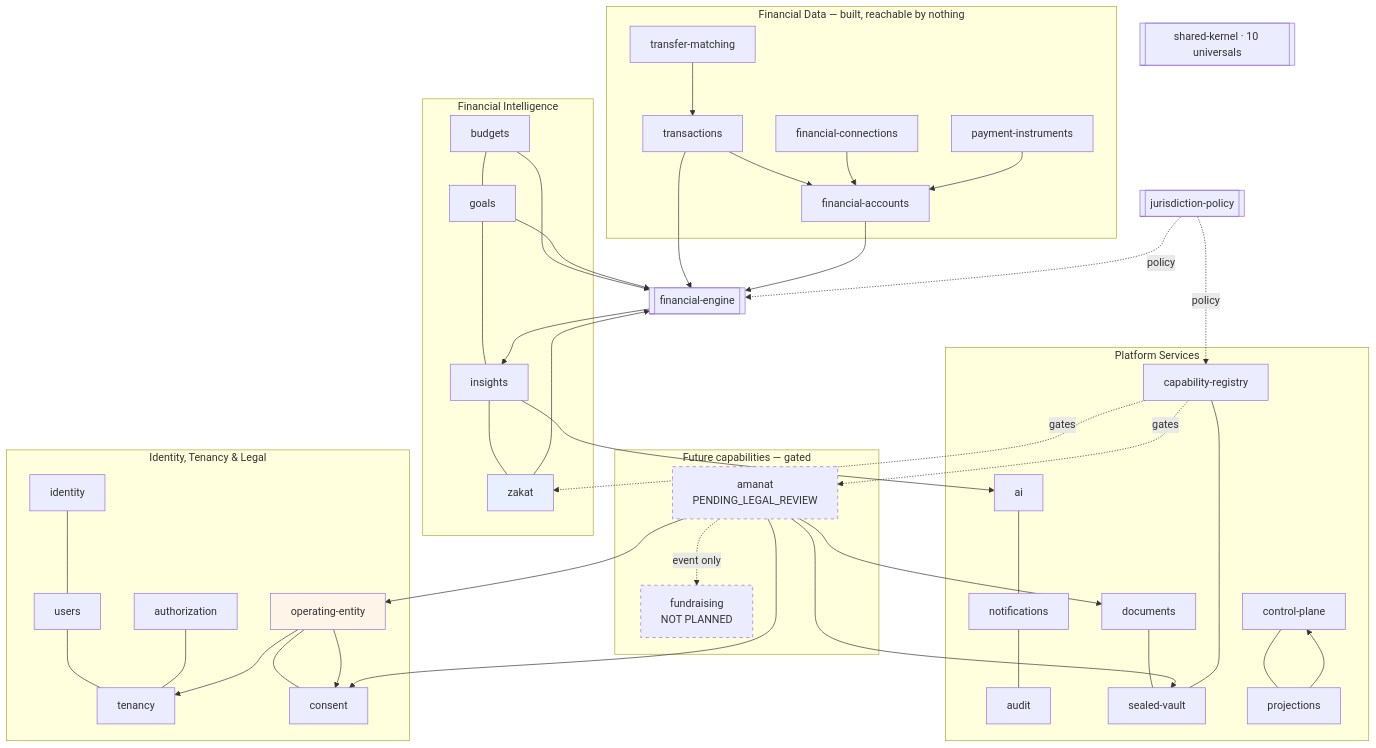
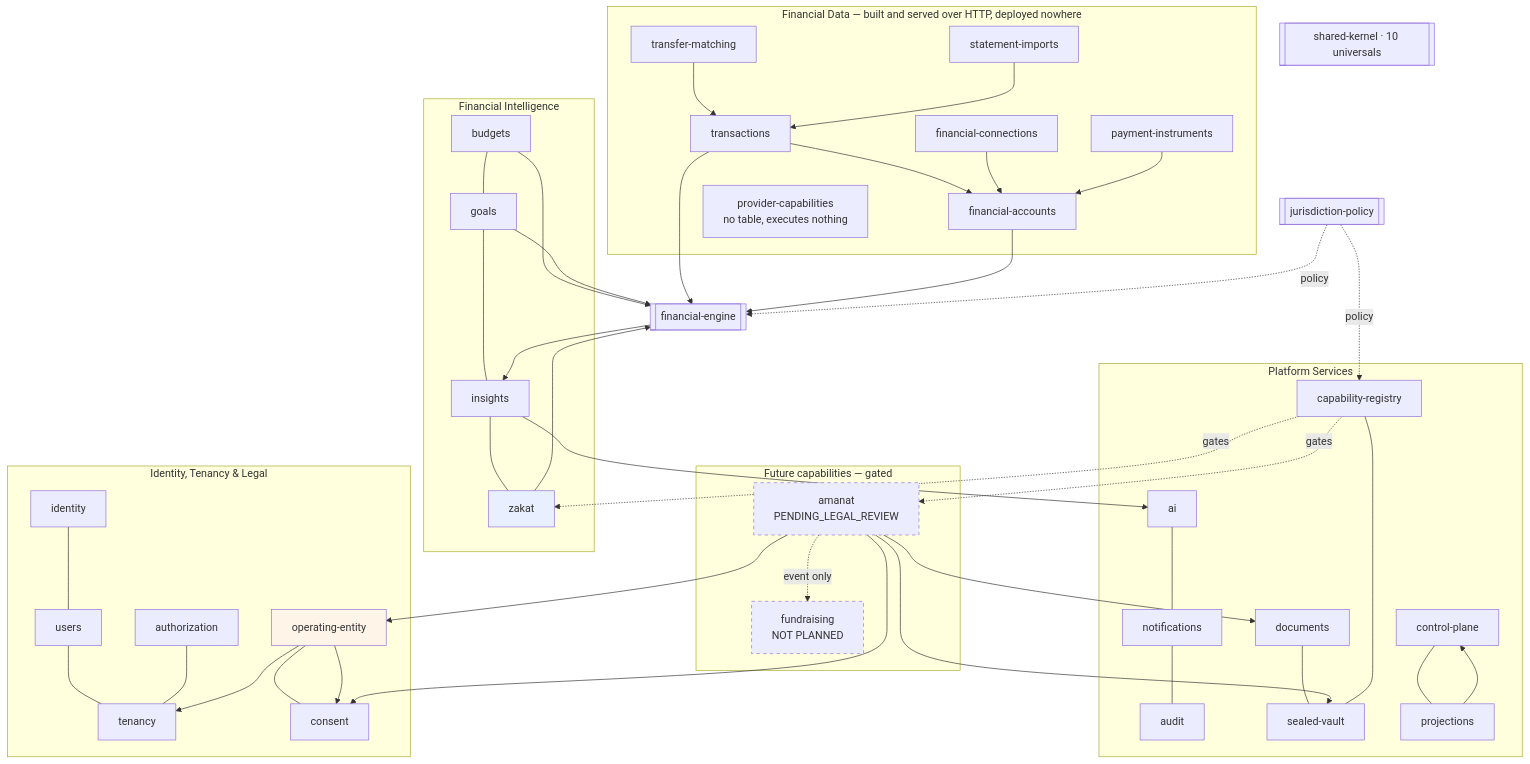
One commit to MoayadAlobaidi/Karar-Flutter-version changed the diagram in docs/architecture/capability-map.md. Above: the diagram before and after it, drawn with Mermaid. The commit also changed other lines of this file and 31 other files, not shown here.

````diff
--- a/docs/architecture/capability-map.md
+++ b/docs/architecture/capability-map.md
@@ -74,53 +74,55 @@
 ```mermaid
 graph TB
     SK[[shared-kernel · 10 universals]]
     JP[[jurisdiction-policy]]
     FE[[financial-engine]]
 
     subgraph "Identity, Tenancy & Legal"
         ID[identity] --- US[users] --- TN[tenancy]
         AZ[authorization] --- TN
         OE[operating-entity] --- CO[consent]
     end
-    subgraph "Financial Data — built, reachable by nothing"
+    subgraph "Financial Data — built and served over HTTP, deployed nowhere"
         TX[transactions] --> FA[financial-accounts]
         FC[financial-connections] --> FA
         PI[payment-instruments] --> FA
         TM[transfer-matching] --> TX
+        SI[statement-imports] --> TX
+        PC[provider-capabilities<br/>no table, executes nothing]
     end
     subgraph "Financial Intelligence"
         BU[budgets] --- GO[goals] --- IN[insights] --- ZK[zakat]
     end
     subgraph "Platform Services"
         AI[ai] --- NO[notifications] --- AU[audit]
         DOC[documents] --- VLT[sealed-vault] --- CAP[capability-registry]
         CP[control-plane] --- PRJ[projections]
     end
     subgraph "Future capabilities — gated"
         AM[amanat<br/>PENDING_LEGAL_REVIEW]
         FU[fundraising<br/>NOT PLANNED]
     end
 
     TX --> FE
     FA --> FE
     BU --> FE
     GO --> FE
     ZK --> FE
     FE --> IN --> AI
     OE --> CO
     OE --> TN
     AM --> VLT
     AM --> DOC
     AM --> CO
     AM --> OE
     AM -.event only.-> FU
     JP -.policy.-> FE
     JP -.policy.-> CAP
     CAP -.gates.-> AM
     CAP -.gates.-> ZK
     PRJ --> CP
     style AM stroke-dasharray: 5 5
     style FU stroke-dasharray: 5 5
     style OE fill:#fff4e8
     style ZK fill:#e8f0ff
 ```
````
